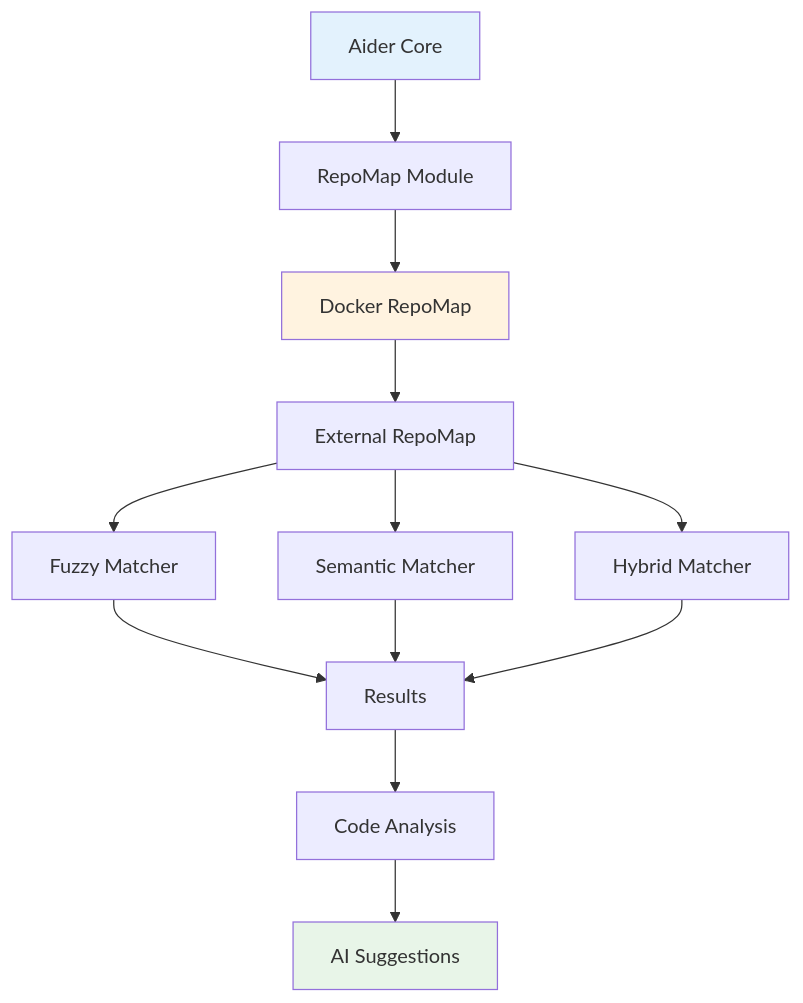
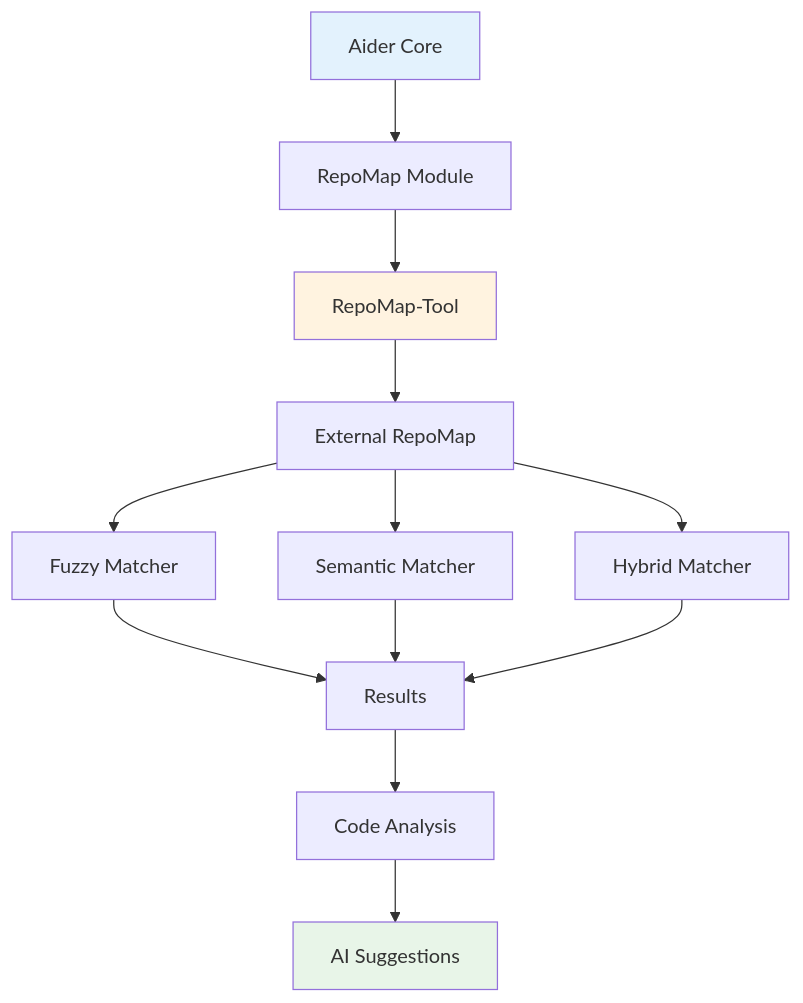
The sixth of 7 diagrams in docs/architecture/INTEGRATION_DIAGRAMS.md (xynova/repomap-tool), drawn with Mermaid before and after one commit. The commit also changed other lines of this file and 60 other files, not shown here.

````diff
--- a/docs/architecture/INTEGRATION_DIAGRAMS.md
+++ b/docs/architecture/INTEGRATION_DIAGRAMS.md
@@ -254,21 +254,21 @@
 ```mermaid
 graph TB
     A[Aider Core] --> B[RepoMap Module]
-    B --> C[Docker RepoMap]
+    B --> C[RepoMap-Tool]
     C --> D[External RepoMap]
     
     D --> E[Fuzzy Matcher]
     D --> F[Semantic Matcher]
     D --> G[Hybrid Matcher]
     
     E --> H[Results]
     F --> H
     G --> H
     
     H --> I[Code Analysis]
     I --> J[AI Suggestions]
     
     style A fill:#e3f2fd
     style C fill:#fff3e0
     style J fill:#e8f5e8
 ```
````
